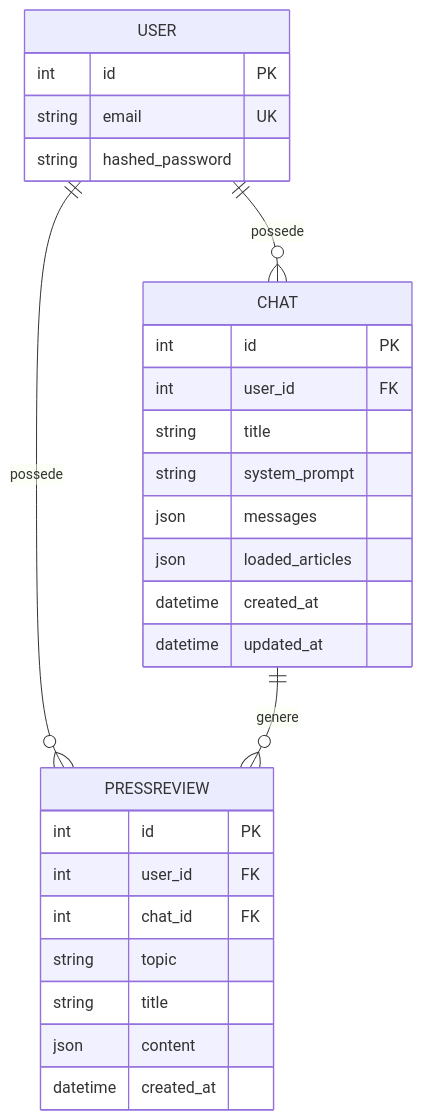
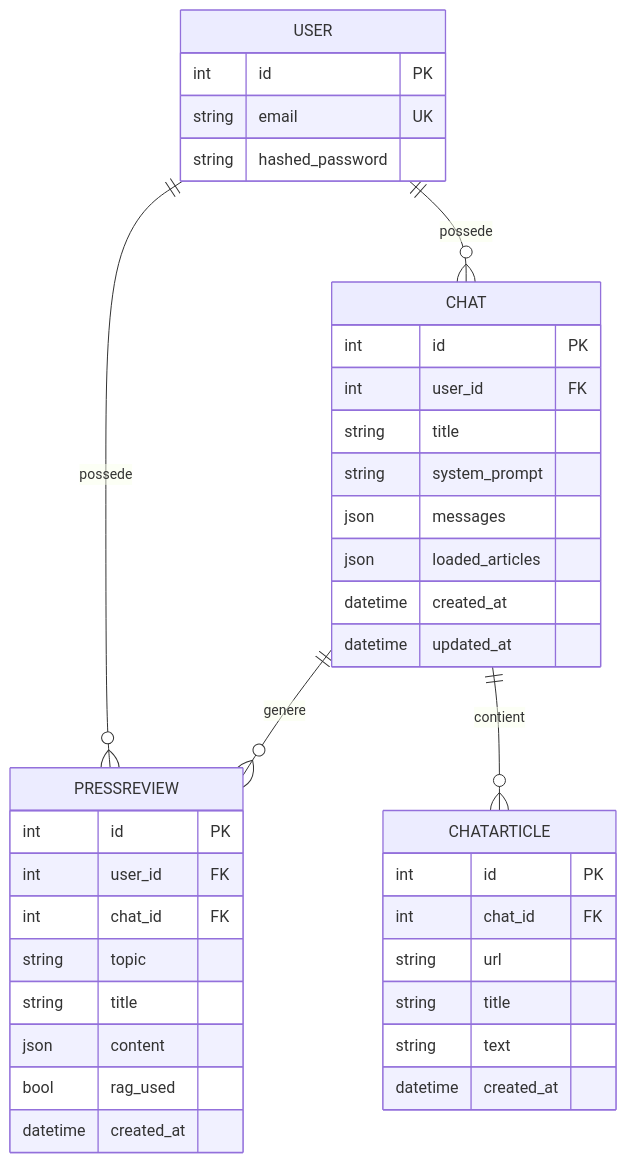
The second of 3 diagrams in docs/architecture.md (ibisa08/P14DevIA), drawn with Mermaid before and after one commit. The commit also changed other lines of this file and 4 other files, not shown here.

````diff
--- a/docs/architecture.md
+++ b/docs/architecture.md
@@ -86,31 +88,41 @@
 ```mermaid
 erDiagram
     USER ||--o{ CHAT : possede
     USER ||--o{ PRESSREVIEW : possede
     CHAT ||--o{ PRESSREVIEW : genere
+    CHAT ||--o{ CHATARTICLE : contient
 
     USER {
         int id PK
         string email UK
         string hashed_password
     }
     CHAT {
         int id PK
         int user_id FK
         string title
         string system_prompt
         json messages
         json loaded_articles
         datetime created_at
         datetime updated_at
     }
+    CHATARTICLE {
+        int id PK
+        int chat_id FK
+        string url
+        string title
+        string text
+        datetime created_at
+    }
     PRESSREVIEW {
         int id PK
         int user_id FK
         int chat_id FK
         string topic
         string title
         json content
+        bool rag_used
         datetime created_at
     }
 ```
````
